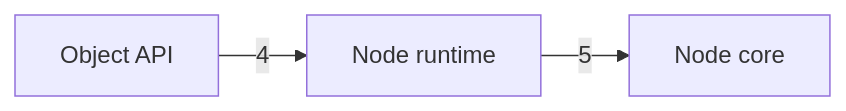
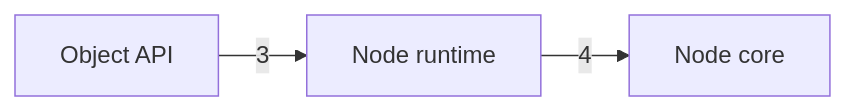
One commit to nickstrad/decentralized-object-store changed the diagram in docs/c4/diagrams/02-container-b.mmd. Above: the diagram before and after it, drawn with Mermaid. The commit also changed 10 other files, not shown here.

```diff
--- a/docs/c4/diagrams/02-container-b.mmd
+++ b/docs/c4/diagrams/02-container-b.mmd
@@ -1,4 +1,4 @@
 %% draw-visual: -x 4 -y 1 -p 0
 graph LR
-  API[Object API] -->|4| RUNTIME[Node runtime]
-  RUNTIME -->|5| NODE[Node core]
+  API[Object API] -->|3| RUNTIME[Node runtime]
+  RUNTIME -->|4| NODE[Node core]
```
